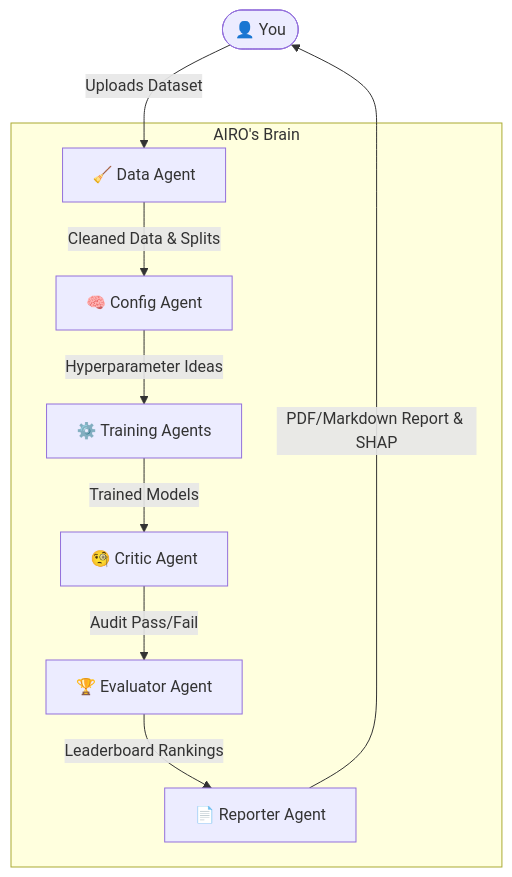
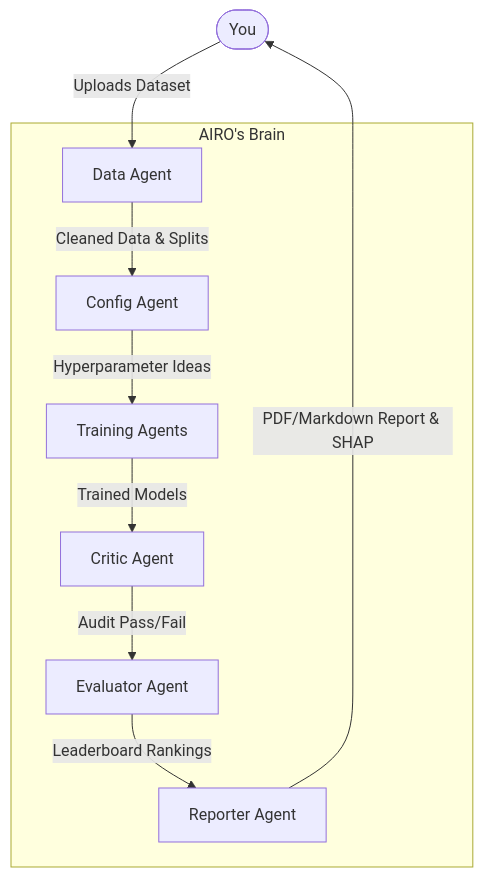
The diagram in README.md (moiz-mansoori/AIRO--AI-Research-Orchestrator), drawn with Mermaid before and after one commit. The commit also changed other lines of this file and 17 other files, not shown here.

Commit message:
Refactored architecture, removed compromised keys, removed UI bloat, and cleaned up logs

````diff
--- a/README.md
+++ b/README.md
@@ -13,14 +13,14 @@
 ```mermaid
 graph TD
-    User([👤 You]) -- Uploads Dataset --> Data[🧹 Data Agent]
+    User([You]) -- Uploads Dataset --> Data[Data Agent]
     
     subgraph AIRO's Brain
-        Data -- Cleaned Data & Splits --> Config[🧠 Config Agent]
-        Config -- Hyperparameter Ideas --> Train[⚙️ Training Agents]
-        Train -- Trained Models --> Critic[🧐 Critic Agent]
-        Critic -- Audit Pass/Fail --> Eval[🏆 Evaluator Agent]
-        Eval -- Leaderboard Rankings --> Report[📄 Reporter Agent]
+        Data -- Cleaned Data & Splits --> Config[Config Agent]
+        Config -- Hyperparameter Ideas --> Train[Training Agents]
+        Train -- Trained Models --> Critic[Critic Agent]
+        Critic -- Audit Pass/Fail --> Eval[Evaluator Agent]
+        Eval -- Leaderboard Rankings --> Report[Reporter Agent]
     end
     
     Report -- "PDF/Markdown Report & SHAP" --> User
 ```
````
